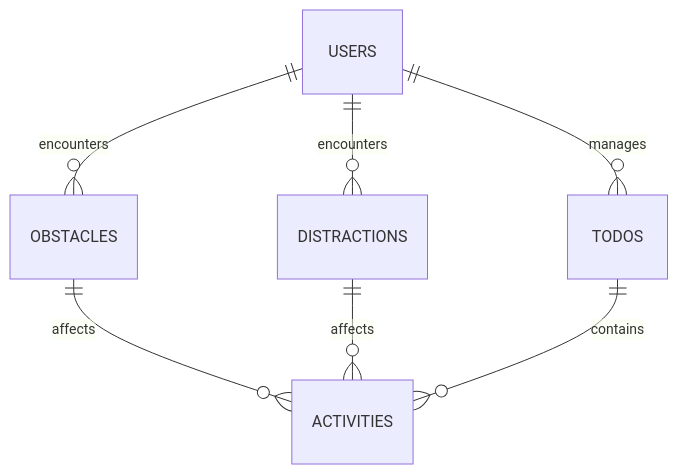
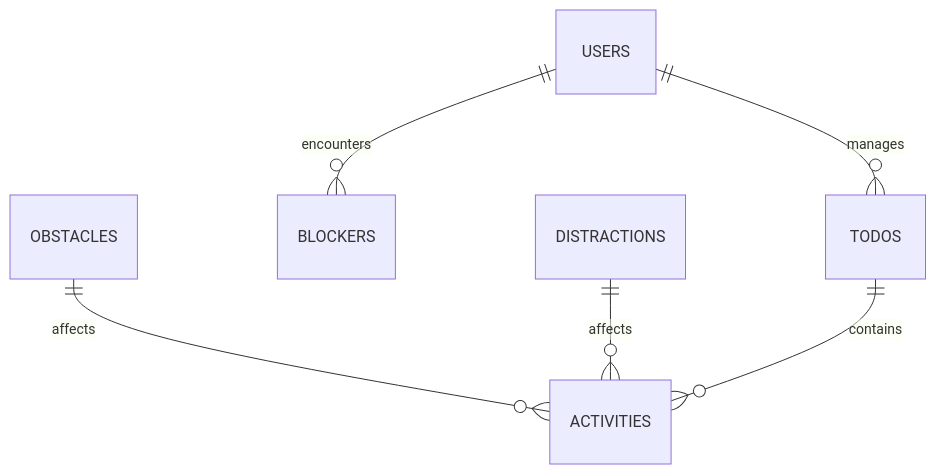
One commit to erinhana/scatter changed the first of 2 diagrams in README.md. Above: the diagram before and after it, drawn with Mermaid.

````diff
--- a/README.md
+++ b/README.md
@@ -43,11 +43,10 @@
 ```mermaid
 %%{init: {'theme':'default'}}%%
 erDiagram
    
     USERS ||--o{ TODOS : manages
-    USERS ||--o{ DISTRACTIONS : "encounters"
-    USERS ||--o{ OBSTACLES : "encounters"
+    USERS ||--o{ BLOCKERS : "encounters"
     OBSTACLES ||--o{ACTIVITIES : "affects"
     DISTRACTIONS ||--o{ACTIVITIES : "affects"
     TODOS ||--o{ACTIVITIES : "contains"
 ```
````
